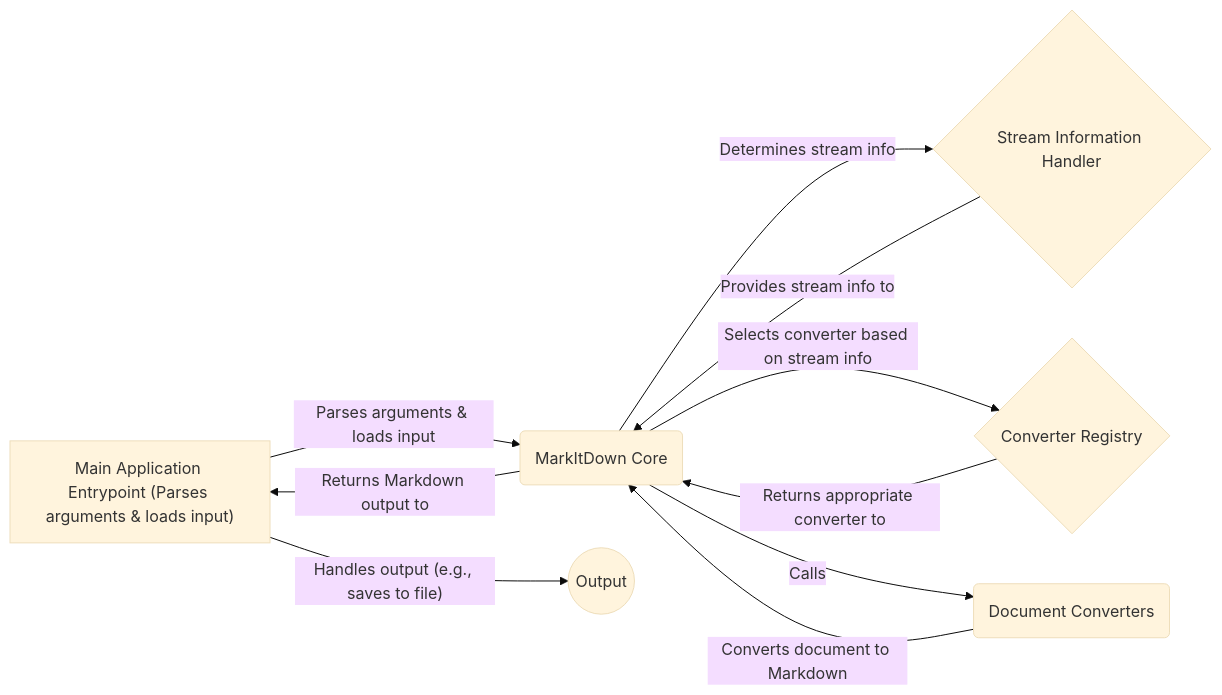
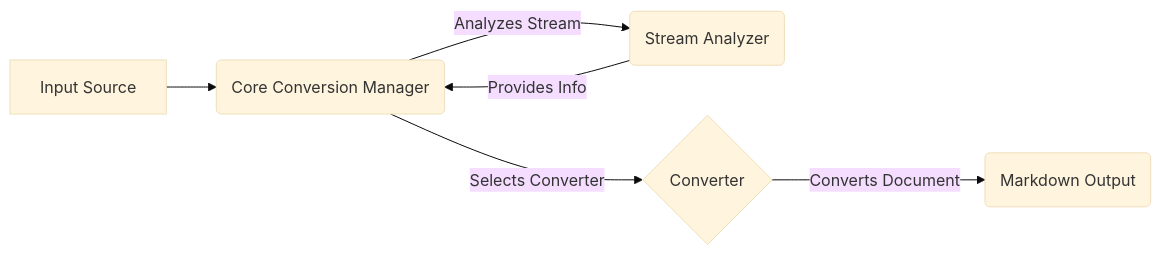
The diagram in markitdown/on_boarding.md (CodeBoarding/GeneratedOnBoardings), drawn with Mermaid (base theme) before and after one commit. The commit also changed other lines of this file and 8 other files, not shown here.

````diff
--- a/markitdown/on_boarding.md
+++ b/markitdown/on_boarding.md
@@ -5,19 +5,15 @@
 ```mermaid
-graph LR
-    A["Main Application Entrypoint (Parses arguments & loads input)"] -- Parses arguments & loads input --> B("MarkItDown Core")
-    B -- Determines stream info --> C{"Stream Information Handler"}
-    C -- Provides stream info to --> B
-    B -- Selects converter based on stream info --> D{"Converter Registry"}
-    D -- Returns appropriate converter to --> B
-    B -- Calls --> E("Document Converters")
-    E -- Converts document to Markdown --> B
-    B -- Returns Markdown output to --> A
-    A -- Handles output (e.g., saves to file) --> F((Output))
+ graph LR
+    A[Input Source] --> B(Core Conversion Manager)
+    B -- Analyzes Stream --> C(Stream Analyzer)
+    C -- Provides Info --> B
+    B -- Selects Converter --> D{Converter}
+    D -- Converts Document --> E(Markdown Output)
 
-click A href "https://github.com/CodeBoarding/GeneratedOnBoardings/blob/main/markitdown//Main%20Application%20Entrypoint.md"
-click B href "https://github.com/CodeBoarding/GeneratedOnBoardings/blob/main/markitdown//MarkItDown%20Core.md"
-click C href "https://github.com/CodeBoarding/GeneratedOnBoardings/blob/main/markitdown//Stream%20Information%20Handler.md"
-click D href "https://github.com/CodeBoarding/GeneratedOnBoardings/blob/main/markitdown//Converter%20Registry.md"
-click E href "https://github.com/CodeBoarding/GeneratedOnBoardings/blob/main/markitdown//Document%20Converters.md"
+click A href "https://github.com/CodeBoarding/GeneratedOnBoardings/blob/main/markitdown//README.md"
+click B href "https://github.com/CodeBoarding/GeneratedOnBoardings/blob/main/markitdown//Core%20Conversion%20Manager.md"
+click C href "https://github.com/CodeBoarding/GeneratedOnBoardings/blob/main/markitdown//Stream%20Analyzer.md"
+click D href "https://github.com/CodeBoarding/GeneratedOnBoardings/blob/main/markitdown//Converter.md"
+click E href "https://github.com/CodeBoarding/GeneratedOnBoardings/blob/main/markitdown//README.md"
 
 ```
````
